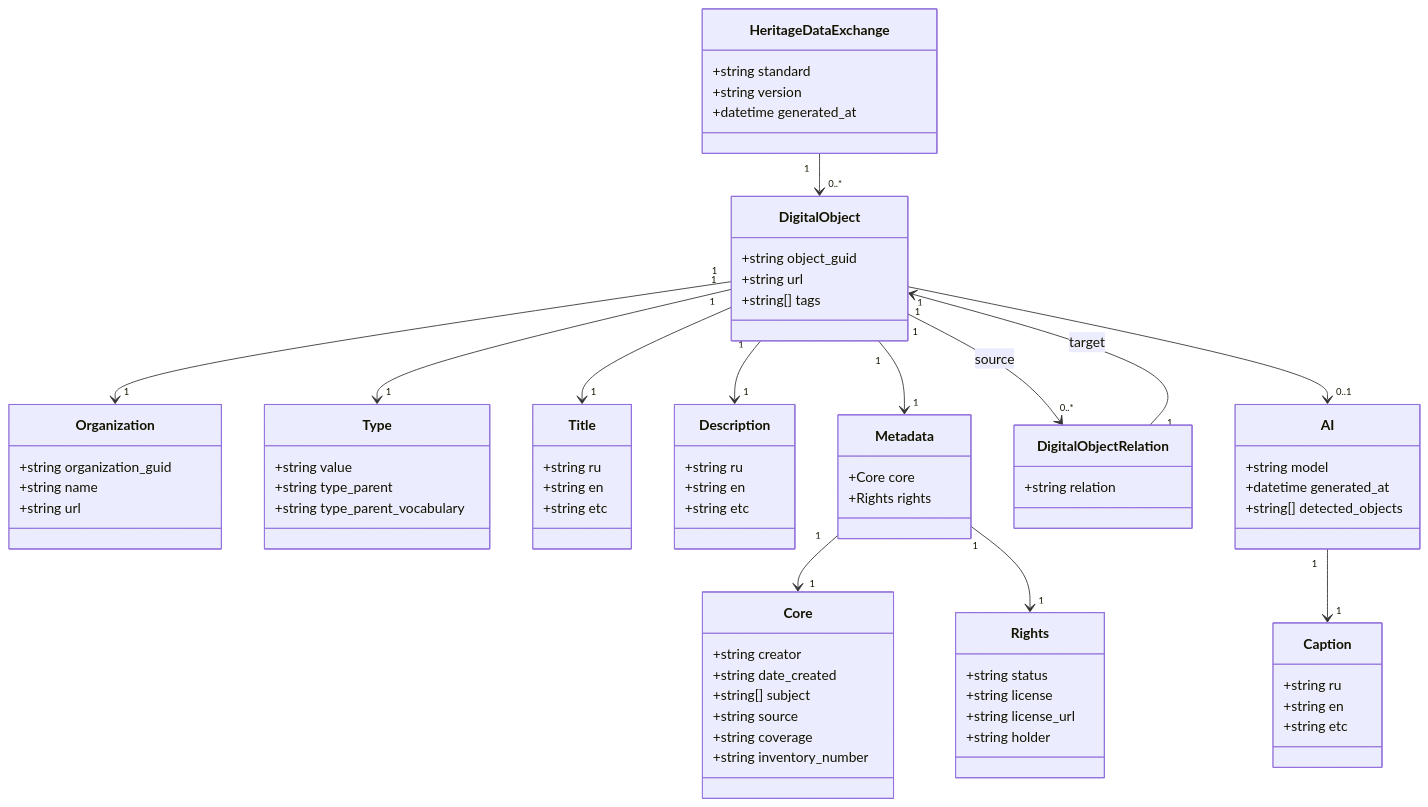
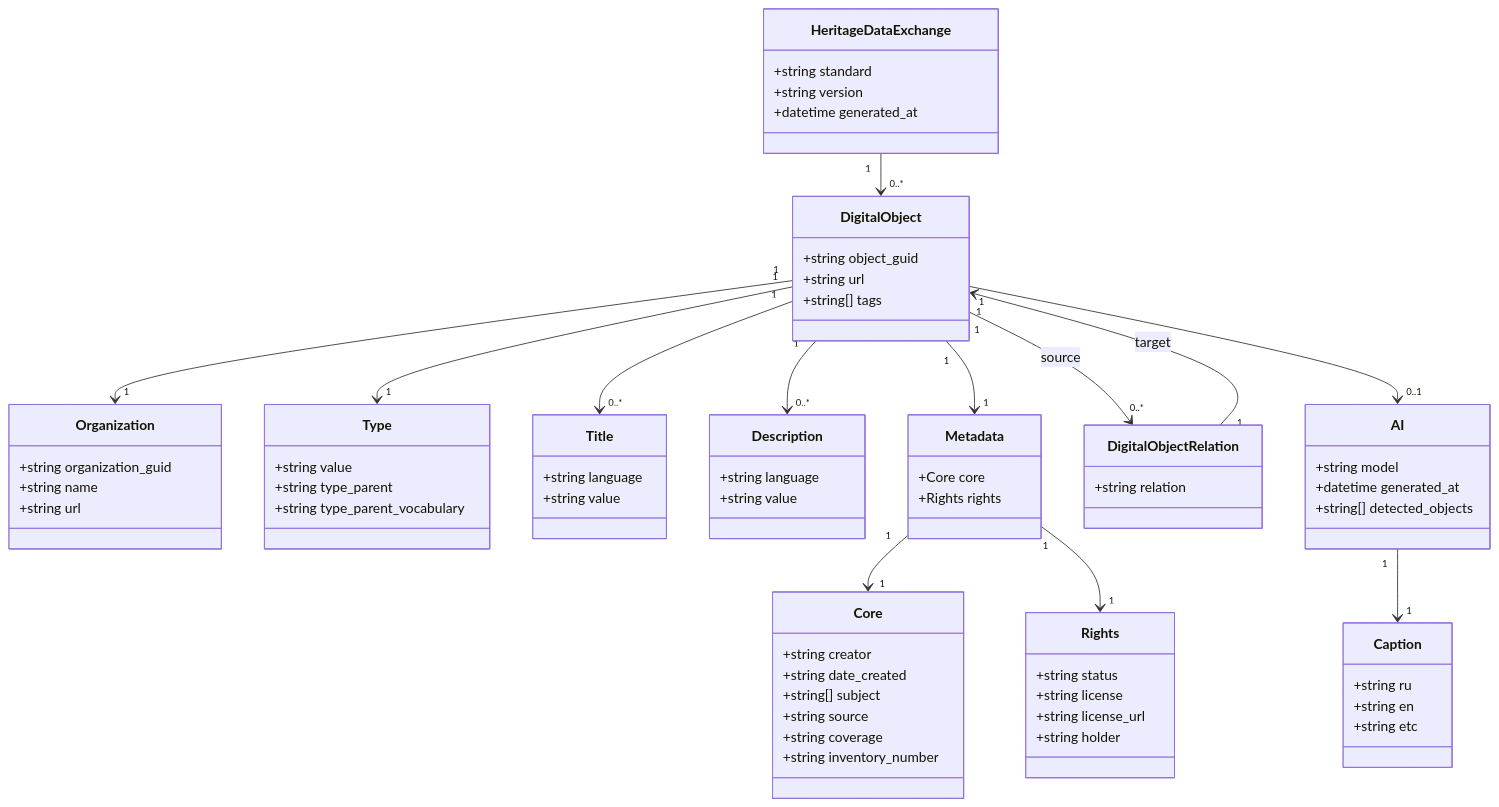
One commit to herzen-vis-lab/heritage-data-exchange changed the diagram in docs/ru-federated-cultural-ai-exchange.uml.md. Above: the diagram before and after it, drawn with Mermaid.

```diff
--- a/docs/ru-federated-cultural-ai-exchange.uml.md
+++ b/docs/ru-federated-cultural-ai-exchange.uml.md
@@ -27,15 +27,13 @@
 }
 
 class Title {
-    +string ru
-    +string en
-    +string etc
+    +string language
+    +string value
 }
 
 class Description {
-    +string ru
-    +string en
-    +string etc
+    +string language
+    +string value
 }
 
 class Metadata {
@@ -83,8 +81,8 @@
 DigitalObject "1" --> "1" Metadata
 DigitalObject "1" --> "0..*" DigitalObjectRelation : source
 DigitalObject "1" --> "0..1" AI
-DigitalObject "1" --> "1" Title
-DigitalObject "1" --> "1" Description
+DigitalObject "1" --> "0..*"  Title
+DigitalObject "1" --> "0..*"  Description
 
 Metadata "1" --> "1" Core
 Metadata "1" --> "1" Rights
```
